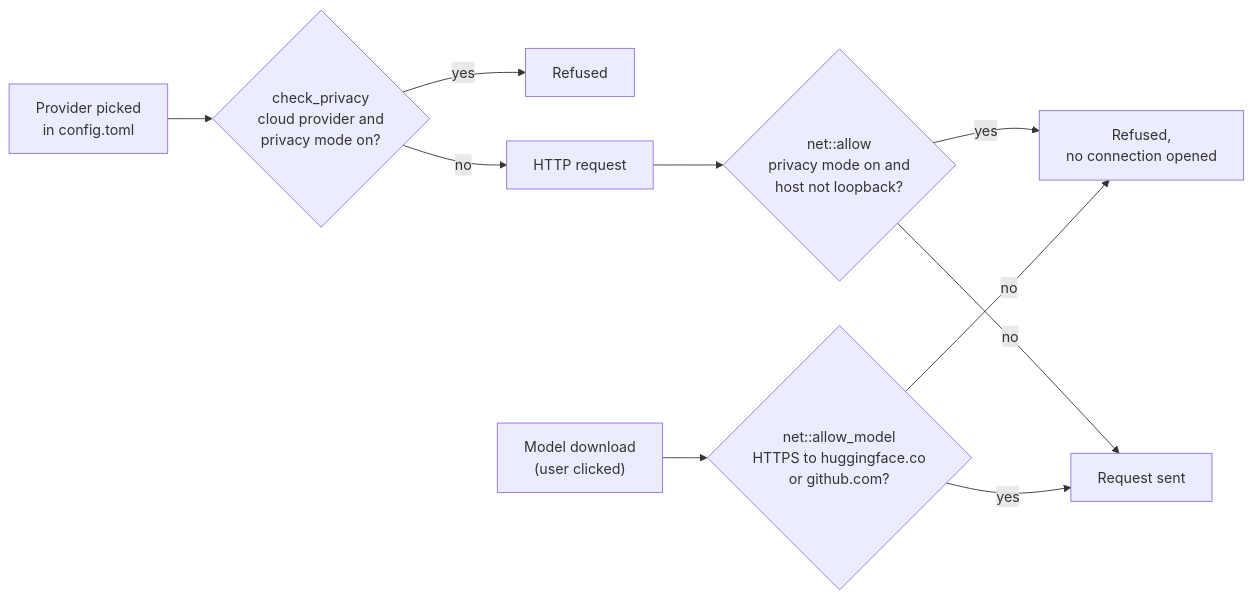
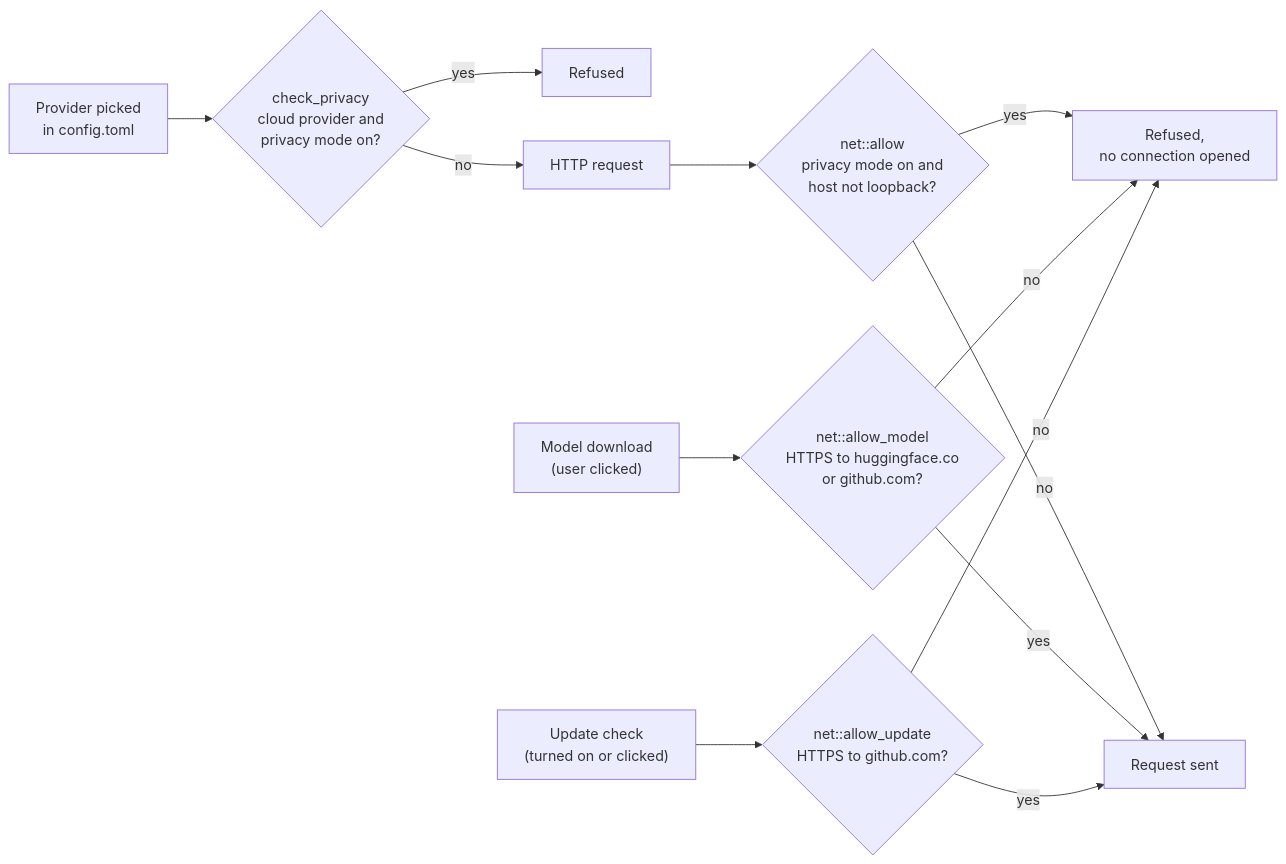
Before and after one commit to aryan-curiel/mirona: the third of 3 diagrams in docs/architecture.md, drawn with Mermaid. The commit also changed other lines of this file and 20 other files, not shown here.

````diff
--- a/docs/architecture.md
+++ b/docs/architecture.md
@@ -119,12 +119,15 @@
 ```mermaid
 flowchart LR
     PICK["Provider picked<br/>in config.toml"] --> CP{"check_privacy<br/>cloud provider and<br/>privacy mode on?"}
     CP -- yes --> REFUSE1["Refused"]
     CP -- no --> REQ["HTTP request"]
     REQ --> NA{"net::allow<br/>privacy mode on and<br/>host not loopback?"}
     NA -- yes --> REFUSE2["Refused,<br/>no connection opened"]
     NA -- no --> OUT["Request sent"]
     DL["Model download<br/>(user clicked)"] --> AM{"net::allow_model<br/>HTTPS to huggingface.co<br/>or github.com?"}
     AM -- yes --> OUT
     AM -- no --> REFUSE2
+    UP["Update check<br/>(turned on or clicked)"] --> AU{"net::allow_update<br/>HTTPS to github.com?"}
+    AU -- yes --> OUT
+    AU -- no --> REFUSE2
 ```
````
